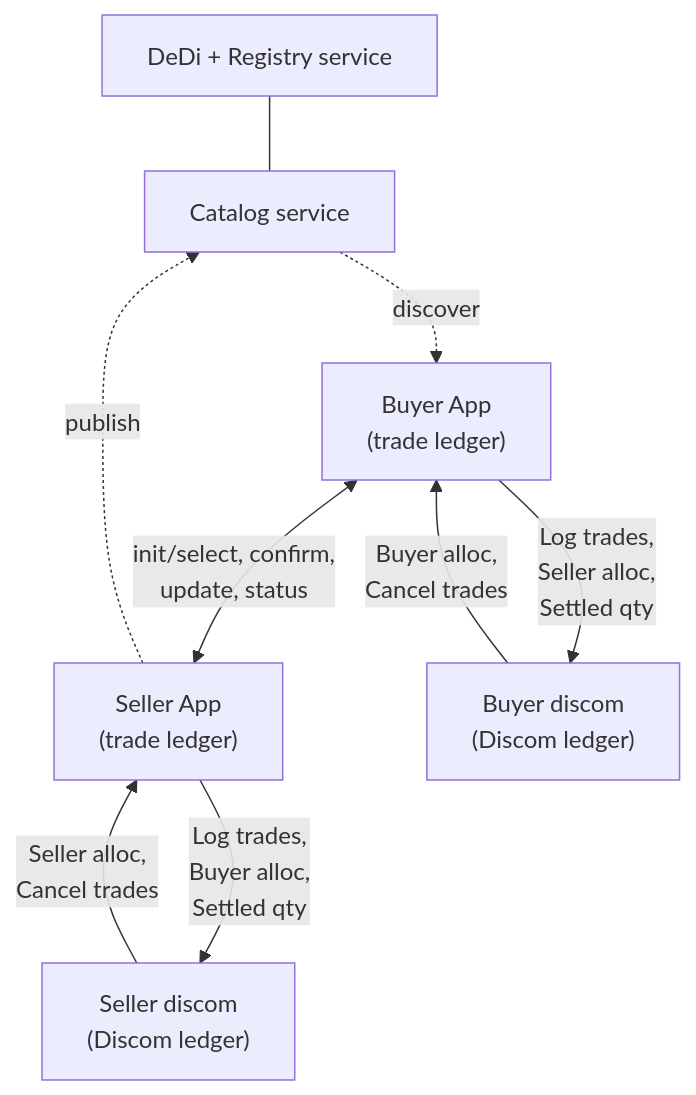
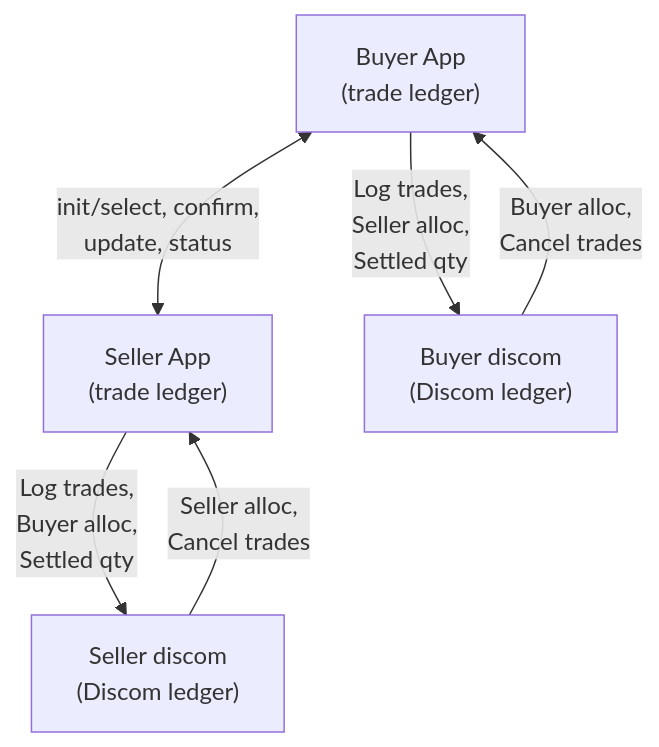
One commit to areebahmeddd/digital-energy-grid changed the first of 10 diagrams in docs/implementation-guides/v2/P2P_Trading/Inter_energy_retailer_P2P_trading_altarch_draft.md. Above: the diagram before and after it, drawn with Mermaid.

Commit message:
removed implementation specific terms from flow chart

````diff
--- a/docs/implementation-guides/v2/P2P_Trading/Inter_energy_retailer_P2P_trading_altarch_draft.md
+++ b/docs/implementation-guides/v2/P2P_Trading/Inter_energy_retailer_P2P_trading_altarch_draft.md
@@ -58,15 +58,10 @@
 ```mermaid
 flowchart TD
-    DeDi["DeDi + Registry service"] --- Catalog["Catalog service"]
-
-    Catalog -.->|discover| BuyerApp
-    SellerApp -.->|publish| Catalog
-
     BuyerApp["Buyer App<br/>(trade ledger)"] <-->|"init/select, confirm,<br/>update, status"| SellerApp["Seller App<br/>(trade ledger)"]
 
     BuyerApp -->|"Log trades,<br/>Seller alloc,<br/>Settled qty"| BuyerDiscom["Buyer discom<br/>(Discom ledger)"]
     BuyerDiscom -->|"Buyer alloc,<br/>Cancel trades"| BuyerApp
 
     SellerApp -->|"Log trades,<br/>Buyer alloc,<br/>Settled qty"| SellerDiscom["Seller discom<br/>(Discom ledger)"]
     SellerDiscom -->|"Seller alloc,<br/>Cancel trades"| SellerApp
 ```
````
